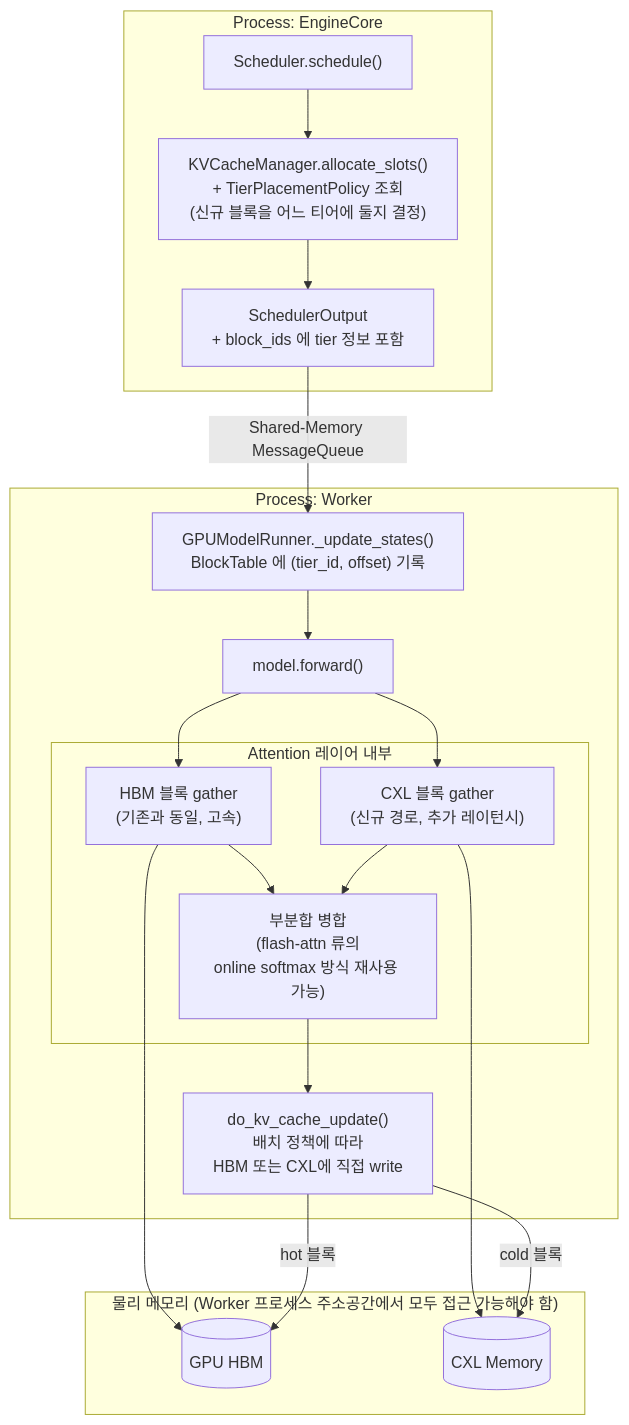
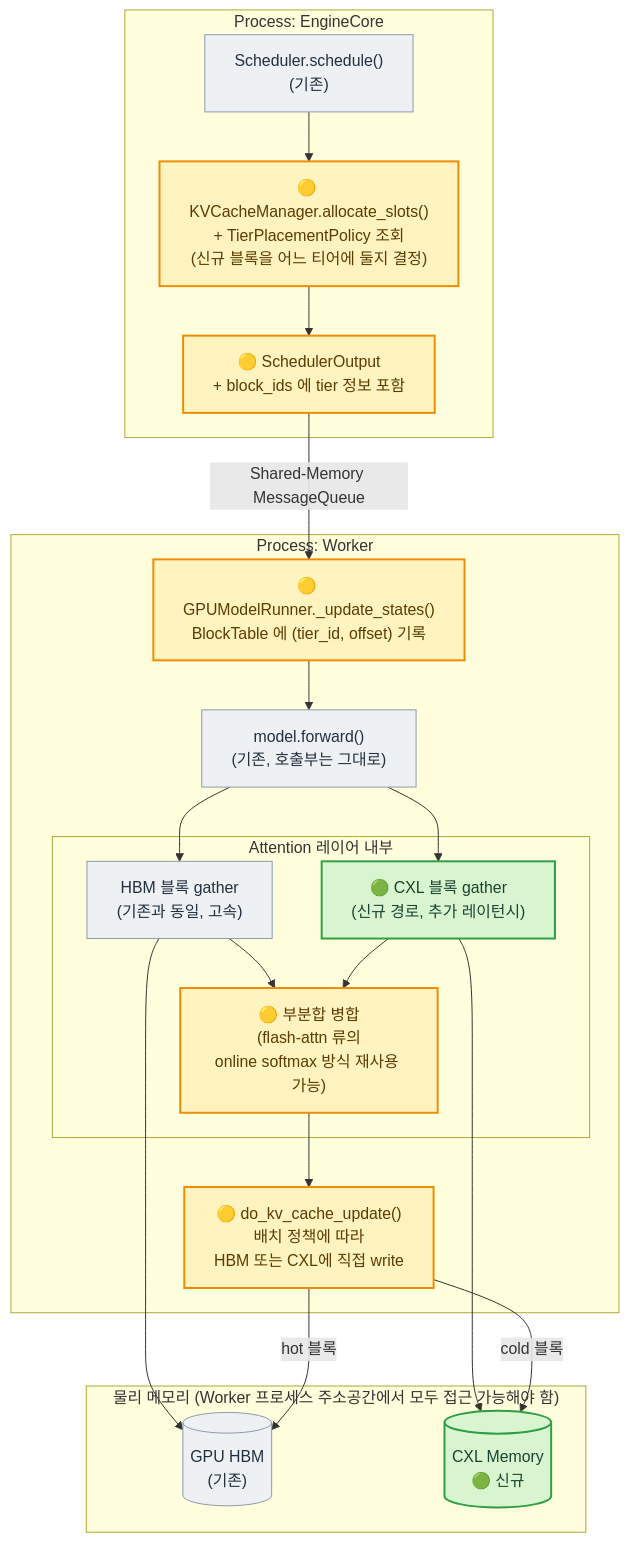
Before and after one commit to mkim0628/vllm: the sixth of 6 diagrams in doc-mk/vllm-kv-cache-memory-tiering.md, drawn with Mermaid. The commit also changed other lines of this file, not shown here.

First line of the commit message:
docs: fix broken mermaid diagram and add as-is/to-be color coding

````diff
--- a/doc-mk/vllm-kv-cache-memory-tiering.md
+++ b/doc-mk/vllm-kv-cache-memory-tiering.md
@@ -282,35 +314,42 @@
 ```mermaid
 graph TD
     subgraph P1["Process: EngineCore"]
-        SCHED2["Scheduler.schedule()"]
-        ALLOC2["KVCacheManager.allocate_slots()<br/>+ TierPlacementPolicy 조회<br/>(신규 블록을 어느 티어에 둘지 결정)"]
-        SCHEDOUT2["SchedulerOutput<br/>+ block_ids 에 tier 정보 포함"]
+        SCHED2["Scheduler.schedule()<br/>(기존)"]
+        ALLOC2["🟡 KVCacheManager.allocate_slots()<br/>+ TierPlacementPolicy 조회<br/>(신규 블록을 어느 티어에 둘지 결정)"]
+        SCHEDOUT2["🟡 SchedulerOutput<br/>+ block_ids 에 tier 정보 포함"]
     end
 
     subgraph P2["Process: Worker"]
-        UPDATE2["GPUModelRunner._update_states()<br/>BlockTable 에 (tier_id, offset) 기록"]
-        FWD2["model.forward()"]
+        UPDATE2["🟡 GPUModelRunner._update_states()<br/>BlockTable 에 (tier_id, offset) 기록"]
+        FWD2["model.forward()<br/>(기존, 호출부는 그대로)"]
         subgraph ATTNSTEP["Attention 레이어 내부"]
             GATHERGPU["HBM 블록 gather<br/>(기존과 동일, 고속)"]
-            GATHERCXL["CXL 블록 gather<br/>(신규 경로, 추가 레이턴시)"]
-            MERGE["부분합 병합<br/>(flash-attn 류의<br/>online softmax 방식 재사용 가능)"]
+            GATHERCXL["🟢 CXL 블록 gather<br/>(신규 경로, 추가 레이턴시)"]
+            MERGE["🟡 부분합 병합<br/>(flash-attn 류의<br/>online softmax 방식 재사용 가능)"]
         end
-        WRITE2["do_kv_cache_update()<br/>배치 정책에 따라<br/>HBM 또는 CXL에 직접 write"]
+        WRITE2["🟡 do_kv_cache_update()<br/>배치 정책에 따라<br/>HBM 또는 CXL에 직접 write"]
     end
 
     subgraph MEM["물리 메모리 (Worker 프로세스 주소공간에서 모두 접근 가능해야 함)"]
-        HBM2[("GPU HBM")]
-        CXLMEM2[("CXL Memory")]
+        HBM2[("GPU HBM<br/>(기존)")]
+        CXLMEM2[("CXL Memory<br/>🟢 신규")]
     end
 
     SCHED2 --> ALLOC2 --> SCHEDOUT2
     SCHEDOUT2 -- "Shared-Memory MessageQueue" --> UPDATE2
     UPDATE2 --> FWD2
     FWD2 --> GATHERGPU --> HBM2
     FWD2 --> GATHERCXL --> CXLMEM2
     GATHERGPU --> MERGE
     GATHERCXL --> MERGE
     MERGE --> WRITE2
     WRITE2 -- "hot 블록" --> HBM2
     WRITE2 -- "cold 블록" --> CXLMEM2
+
+    classDef existingBox fill:#eef1f4,stroke:#8d99ae,color:#22303e,stroke-width:1px;
+    classDef modifiedBox fill:#fff3bf,stroke:#f08c00,color:#5c3c00,stroke-width:2px;
+    classDef newBox fill:#d8f5d0,stroke:#2f9e44,color:#1b4332,stroke-width:2px;
+    class SCHED2,FWD2,GATHERGPU,HBM2 existingBox
+    class ALLOC2,SCHEDOUT2,UPDATE2,MERGE,WRITE2 modifiedBox
+    class GATHERCXL,CXLMEM2 newBox
 ```
````
